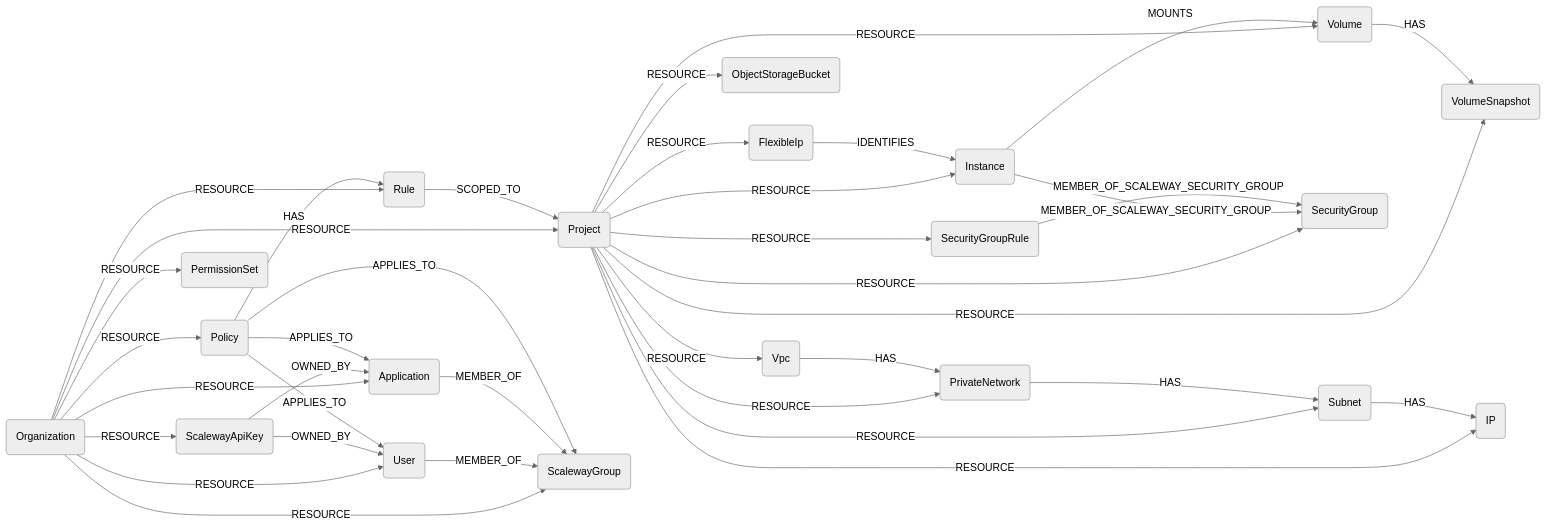
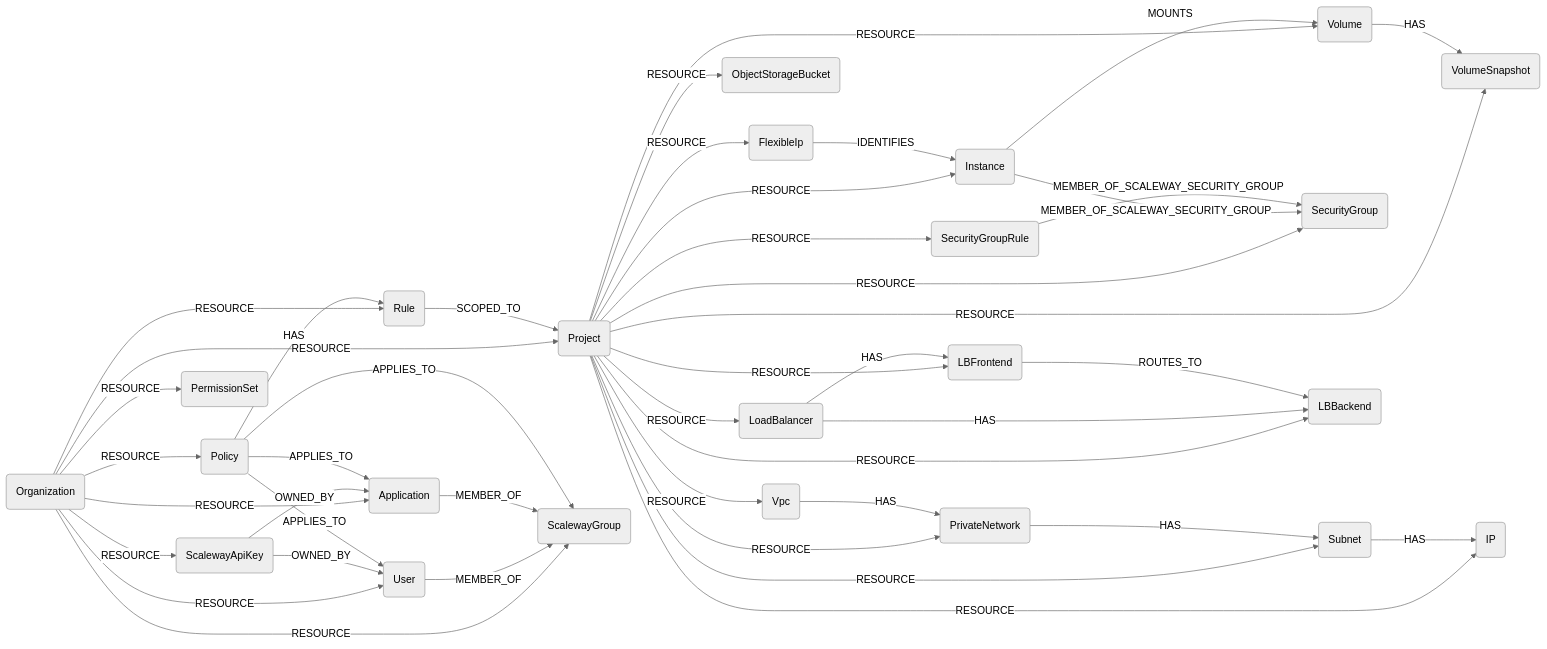
One commit to cartography-cncf/cartography changed the diagram in docs/root/modules/scaleway/schema.md. Above: the diagram before and after it, drawn with Mermaid (neutral theme). The commit also changed other lines of this file and 13 other files, not shown here.

First line of the commit message:
feat(scaleway): add Load Balancer ingestion and consolidate regions

````diff
--- a/docs/root/modules/scaleway/schema.md
+++ b/docs/root/modules/scaleway/schema.md
@@ -3,39 +3,45 @@
 ```mermaid
 graph LR
 ORG(Organization) -- RESOURCE --> PRJ(Project)
 ORG -- RESOURCE --> APP(Application)
 ORG -- RESOURCE --> USR(User)
 ORG -- RESOURCE --> GRP(ScalewayGroup)
 ORG -- RESOURCE --> APIKEY(ScalewayApiKey)
 ORG -- RESOURCE --> POL(Policy)
 ORG -- RESOURCE --> RULE(Rule)
 ORG -- RESOURCE --> PS(PermissionSet)
 PRJ -- RESOURCE --> INS(Instance)
 PRJ -- RESOURCE --> FIP(FlexibleIp)
 PRJ -- RESOURCE --> VOL(Volume)
 PRJ -- RESOURCE --> SNAP(VolumeSnapshot)
 PRJ -- RESOURCE --> SG(SecurityGroup)
 PRJ -- RESOURCE --> SGR(SecurityGroupRule)
 PRJ -- RESOURCE --> BKT(ObjectStorageBucket)
 PRJ -- RESOURCE --> VPC(Vpc)
 PRJ -- RESOURCE --> PN(PrivateNetwork)
 PRJ -- RESOURCE --> SUB(Subnet)
 PRJ -- RESOURCE --> IP(IP)
+PRJ -- RESOURCE --> LB(LoadBalancer)
+PRJ -- RESOURCE --> FE(LBFrontend)
+PRJ -- RESOURCE --> BE(LBBackend)
 INS -- MOUNTS --> VOL
 INS -- MEMBER_OF_SCALEWAY_SECURITY_GROUP --> SG
 SGR -- MEMBER_OF_SCALEWAY_SECURITY_GROUP --> SG
 FIP -- IDENTIFIES --> INS
 VOL -- HAS --> SNAP
 VPC -- HAS --> PN
 PN -- HAS --> SUB
 SUB -- HAS --> IP
+LB -- HAS --> FE
+LB -- HAS --> BE
+FE -- ROUTES_TO --> BE
 USR -- MEMBER_OF --> GRP(ScalewayGroup)
 APIKEY(ScalewayApiKey) -- OWNED_BY --> USR
 APP -- MEMBER_OF --> GRP(ScalewayGroup)
 APIKEY -- OWNED_BY --> APP
 POL -- APPLIES_TO --> USR
 POL -- APPLIES_TO --> GRP
 POL -- APPLIES_TO --> APP
 POL -- HAS --> RULE(Rule)
 RULE -- SCOPED_TO --> PRJ
 ```
````
